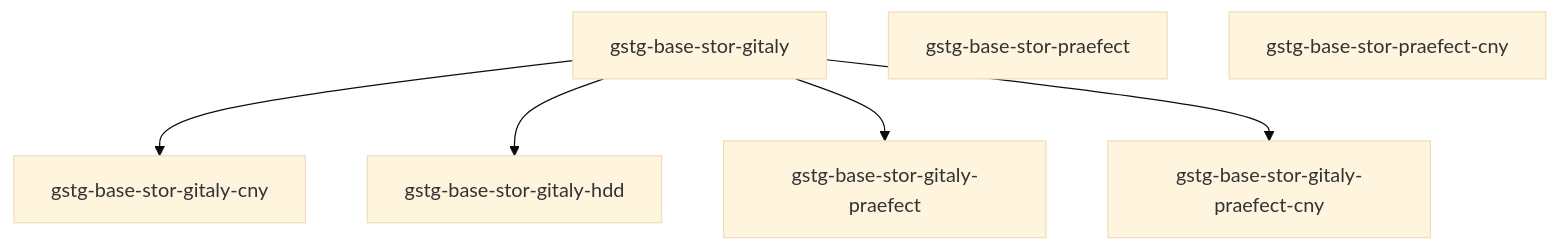
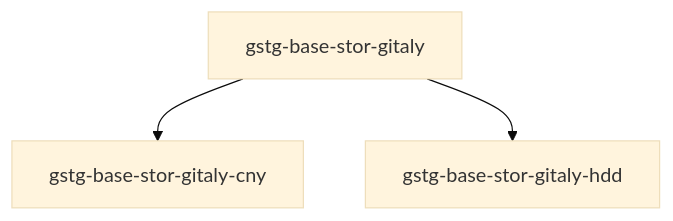
Before and after one commit to mattrussi/gitlab-com-runbooks: the second of 2 diagrams in docs/gitaly/README.md, drawn with Mermaid (base theme). The commit also changed other lines of this file and 86 other files, not shown here.

````diff
--- a/docs/gitaly/README.md
+++ b/docs/gitaly/README.md
@@ -103,10 +96,6 @@
 ```mermaid
 graph TD
     gstg-base-stor-gitaly-->gstg-base-stor-gitaly-cny
     gstg-base-stor-gitaly-->gstg-base-stor-gitaly-hdd
-    gstg-base-stor-gitaly-->gstg-base-stor-gitaly-praefect
-    gstg-base-stor-gitaly-->gstg-base-stor-gitaly-praefect-cny
 
-    gstg-base-stor-praefect
-    gstg-base-stor-praefect-cny
 ```
````
